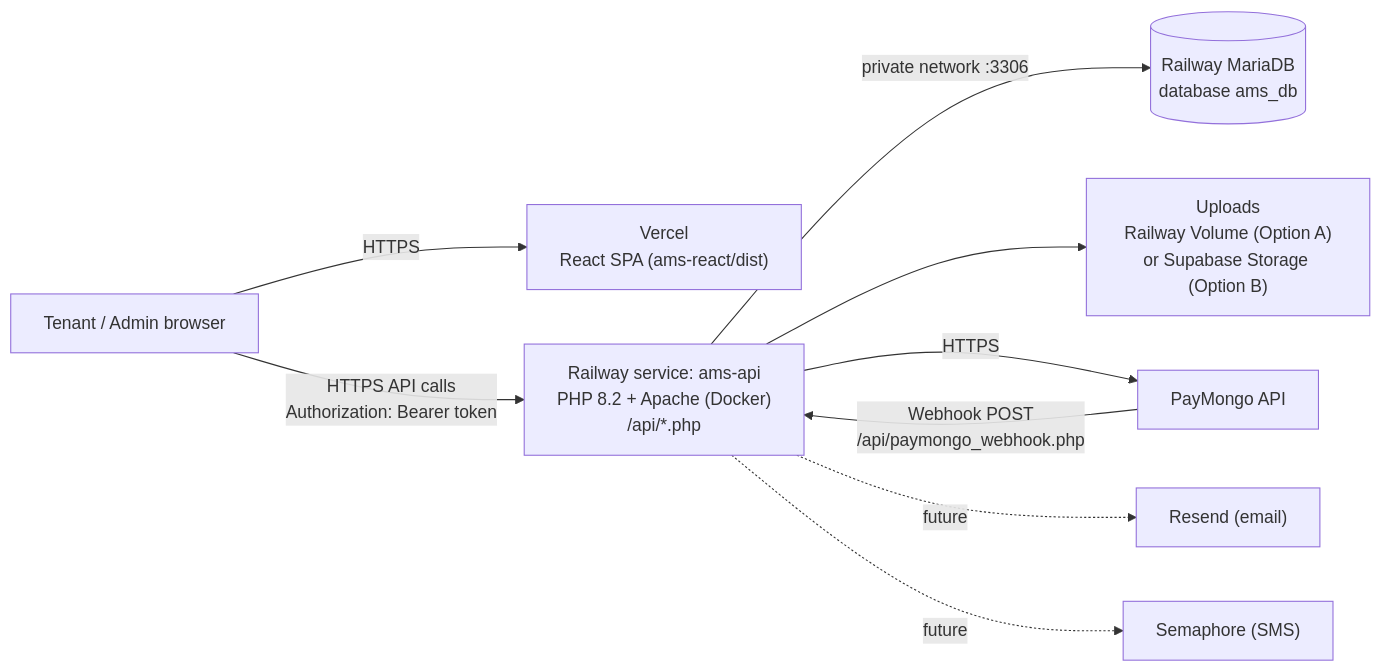
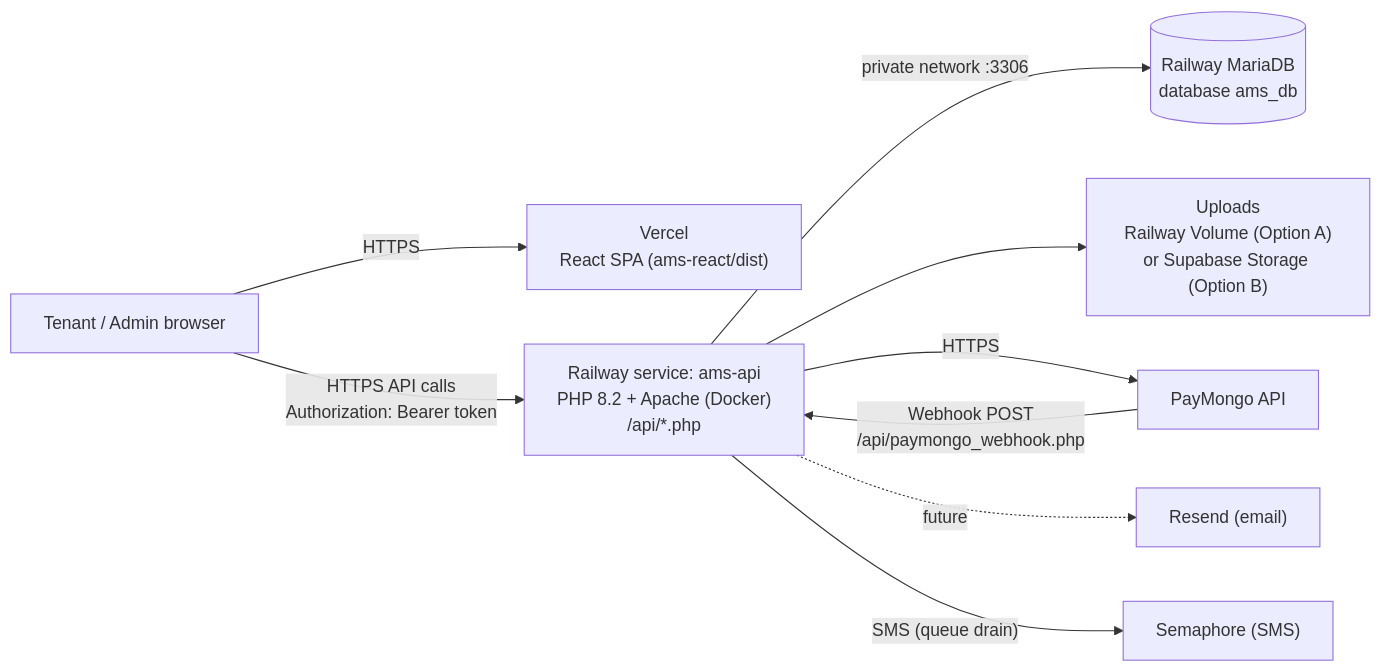
Before and after one commit to Keonbe/ApartmentManagementSystem_React: the first of 2 diagrams in docs/deployment/saas_deployment_guide.md, drawn with Mermaid. The commit also changed other lines of this file and 22 other files, not shown here.

````diff
--- a/docs/deployment/saas_deployment_guide.md
+++ b/docs/deployment/saas_deployment_guide.md
@@ -73,11 +73,11 @@
 ```mermaid
 flowchart LR
     B["Tenant / Admin browser"] -->|"HTTPS"| V["Vercel<br/>React SPA (ams-react/dist)"]
     B -->|"HTTPS API calls<br/>Authorization: Bearer token"| R["Railway service: ams-api<br/>PHP 8.2 + Apache (Docker)<br/>/api/*.php"]
     R -->|"private network :3306"| D[("Railway MariaDB<br/>database ams_db")]
     R --> U["Uploads<br/>Railway Volume (Option A)<br/>or Supabase Storage (Option B)"]
     R -->|"HTTPS"| P["PayMongo API"]
     P -->|"Webhook POST<br/>/api/paymongo_webhook.php"| R
     R -.->|"future"| E["Resend (email)"]
-    R -.->|"future"| S["Semaphore (SMS)"]
+    R -->|"SMS (queue drain)"| S["Semaphore (SMS)"]
 ```
````
